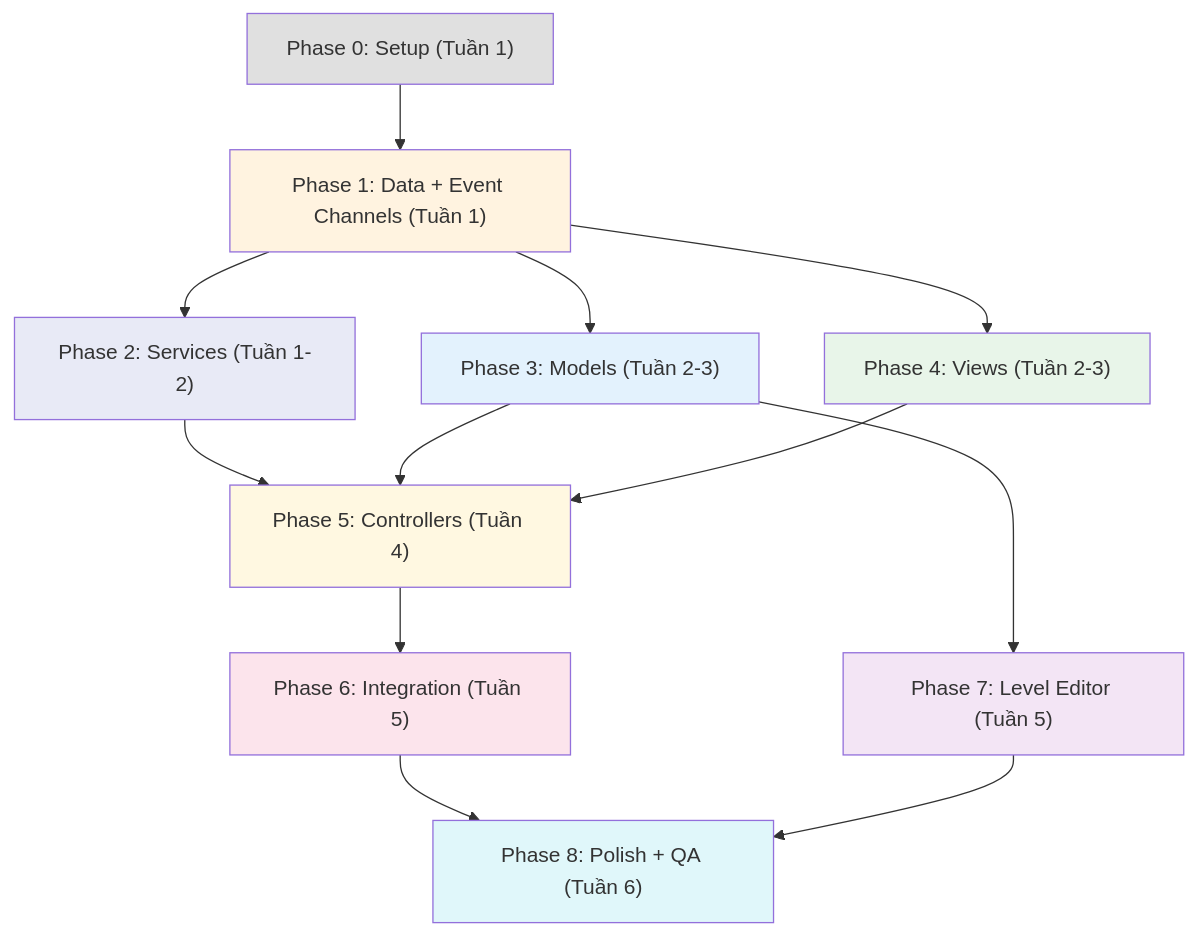
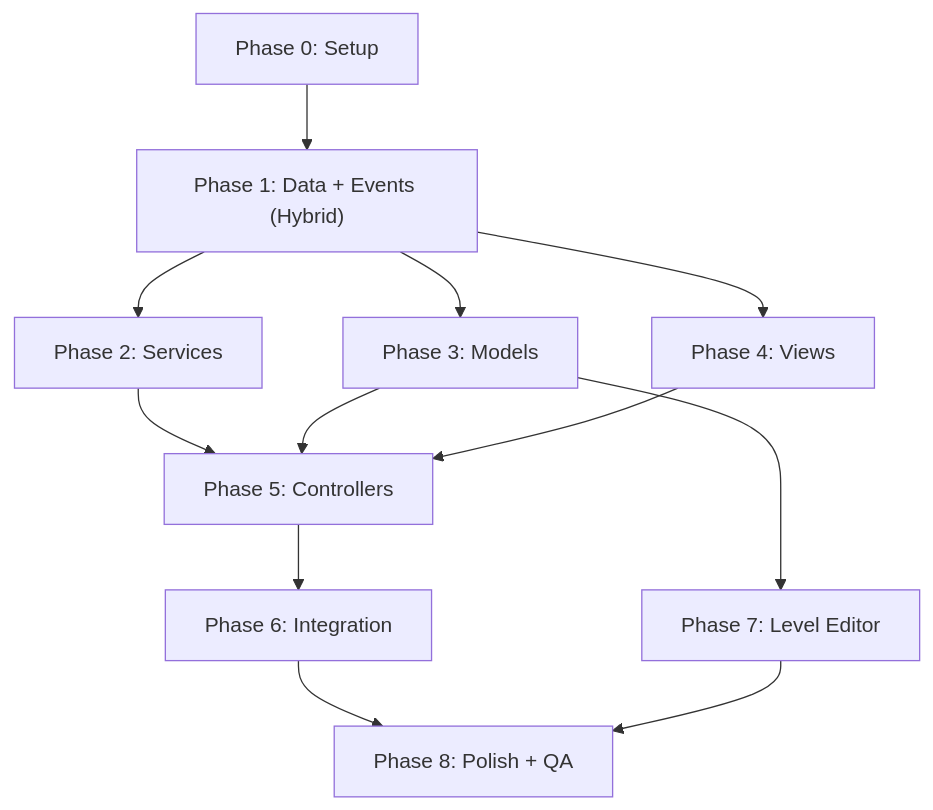
The diagram in Assets/Documents/_03.TaskBreakdown.md (gcc-dtung/Pirate-Tiles), drawn with Mermaid before and after one commit. The commit also changed other lines of this file and 62 other files, not shown here.

````diff
--- a/Assets/Documents/_03.TaskBreakdown.md
+++ b/Assets/Documents/_03.TaskBreakdown.md
@@ -44,24 +43,14 @@
 ```mermaid
 graph TD
-    P0["Phase 0: Setup (Tuần 1)"] --> P1["Phase 1: Data + Event Channels (Tuần 1)"]
-    P1 --> P2["Phase 2: Services (Tuần 1-2)"]
-    P1 --> P3["Phase 3: Models (Tuần 2-3)"]
-    P1 --> P4["Phase 4: Views (Tuần 2-3)"]
-    P2 --> P5["Phase 5: Controllers (Tuần 4)"]
+    P0["Phase 0: Setup"] --> P1["Phase 1: Data + Events (Hybrid)"]
+    P1 --> P2["Phase 2: Services"]
+    P1 --> P3["Phase 3: Models"]
+    P1 --> P4["Phase 4: Views"]
+    P2 --> P5["Phase 5: Controllers"]
     P3 --> P5
     P4 --> P5
-    P5 --> P6["Phase 6: Integration (Tuần 5)"]
-    P3 --> P7["Phase 7: Level Editor (Tuần 5)"]
-    P6 --> P8["Phase 8: Polish + QA (Tuần 6)"]
+    P5 --> P6["Phase 6: Integration"]
+    P3 --> P7["Phase 7: Level Editor"]
+    P6 --> P8["Phase 8: Polish + QA"]
     P7 --> P8
-
-    style P0 fill:#e0e0e0
-    style P1 fill:#fff3e0
-    style P2 fill:#e8eaf6
-    style P3 fill:#e3f2fd
-    style P4 fill:#e8f5e9
-    style P5 fill:#fff8e1
-    style P6 fill:#fce4ec
-    style P7 fill:#f3e5f5
-    style P8 fill:#e0f7fa
 ```
````
